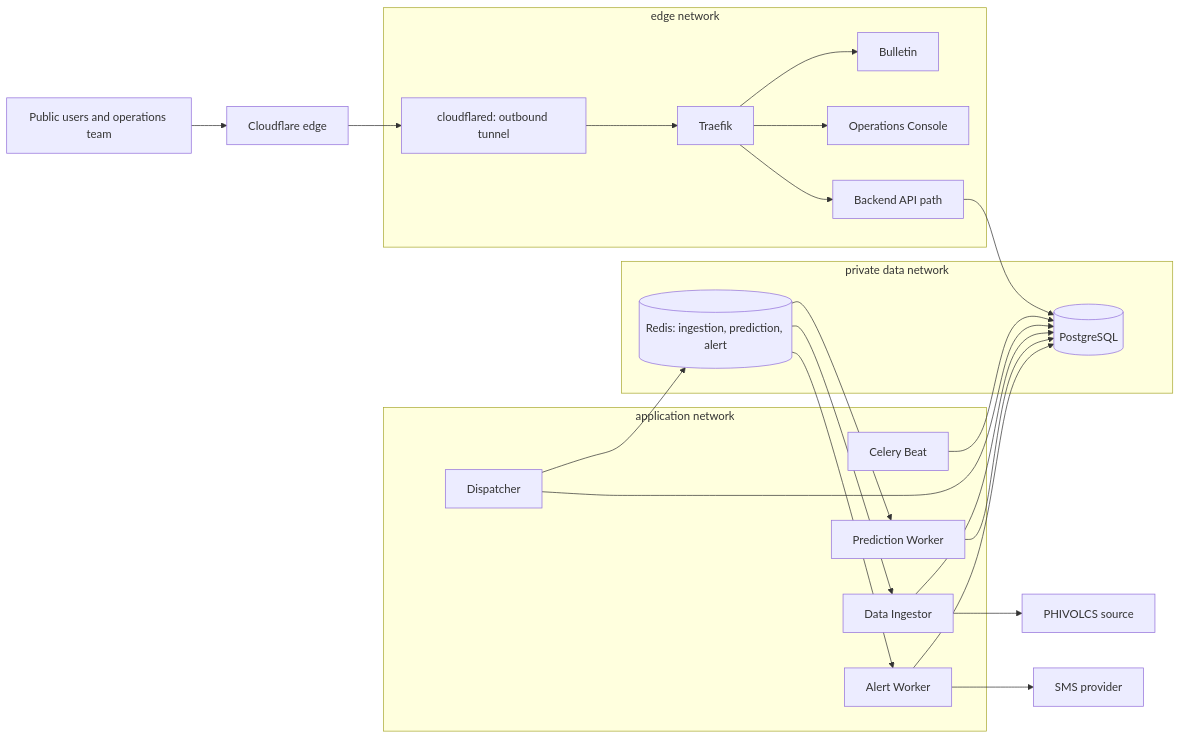
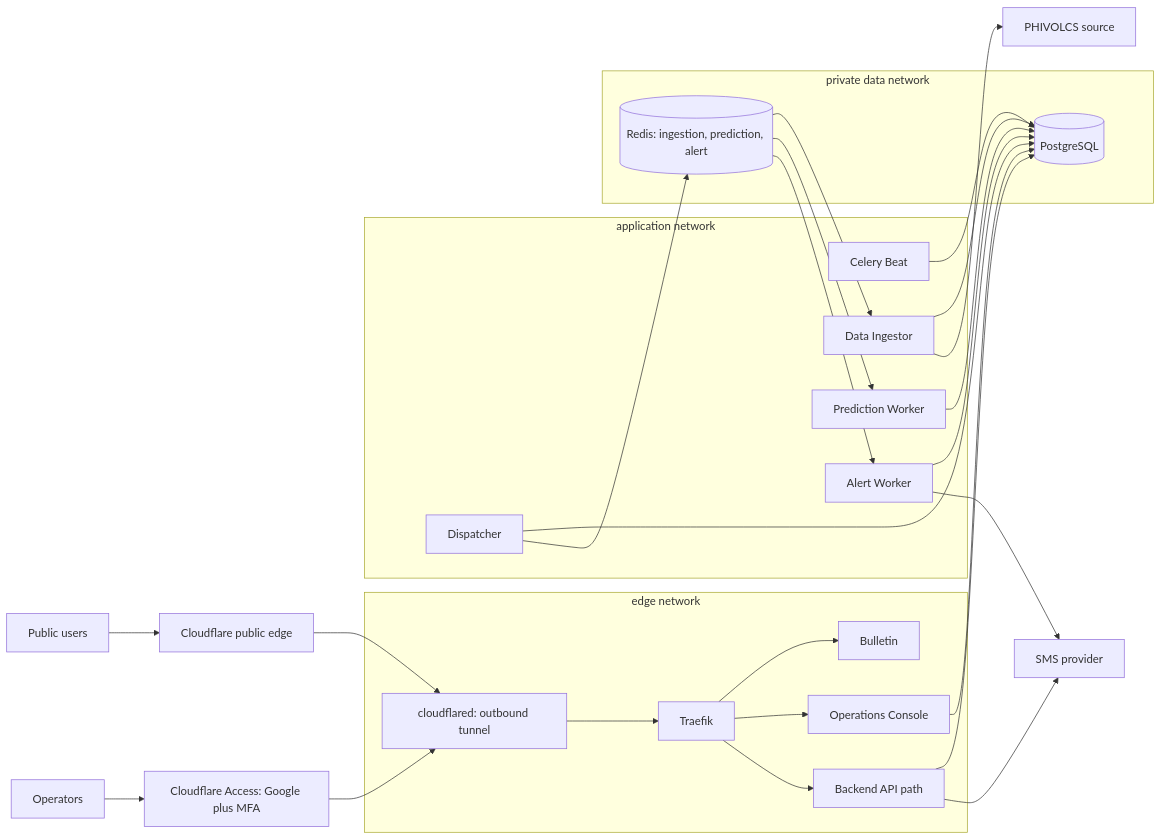
One commit to ochlzo/quakestrikeph changed the diagram in docs/system-design/ARCHITECTURE/ARCHITECTURE.md. Above: the diagram before and after it, drawn with Mermaid. The commit also changed other lines of this file and 8 other files, not shown here.

First line of the commit message:
Enhance database design documentation and introduce new ADRs for Cloudflare Access and Google account integration

````diff
--- a/docs/system-design/ARCHITECTURE/ARCHITECTURE.md
+++ b/docs/system-design/ARCHITECTURE/ARCHITECTURE.md
@@ -72,35 +73,39 @@
 ```mermaid
 flowchart LR
-  Public[Public users and operations team] --> CF[Cloudflare edge]
+  Public[Public users] --> CF[Cloudflare public edge]
+  Operators[Operators] --> Access[Cloudflare Access: Google plus MFA]
   CF --> Tunnel[cloudflared: outbound tunnel]
+  Access --> Tunnel
   subgraph edge[edge network]
     Tunnel --> Proxy[Traefik]
     Proxy --> Bulletin[Bulletin]
     Proxy --> Ops[Operations Console]
     Proxy --> API[Backend API path]
   end
   subgraph app[application network]
     API
     Beat[Celery Beat]
     Dispatch[Dispatcher]
     Ingest[Data Ingestor]
     Predict[Prediction Worker]
     Alert[Alert Worker]
   end
   subgraph data[private data network]
     PG[(PostgreSQL)]
     Redis[(Redis: ingestion, prediction, alert)]
   end
   API --> PG
+  Ops --> PG
   Beat --> PG
   Dispatch --> PG
   Dispatch --> Redis
   Redis --> Ingest
   Redis --> Predict
   Redis --> Alert
   Ingest --> PG
   Predict --> PG
   Alert --> PG
   Ingest --> PH[PHIVOLCS source]
   Alert --> SMS[SMS provider]
+  API --> SMS
 ```
````
